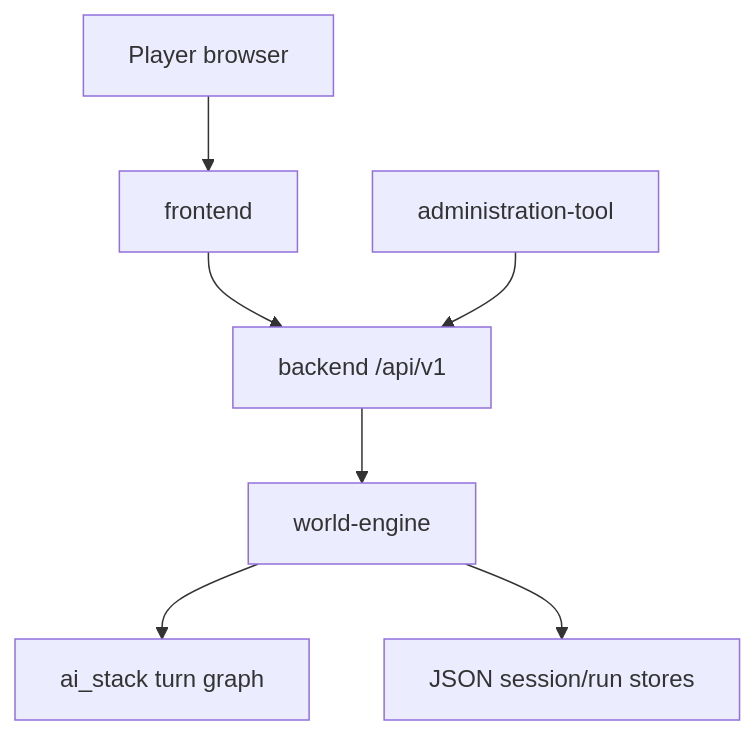
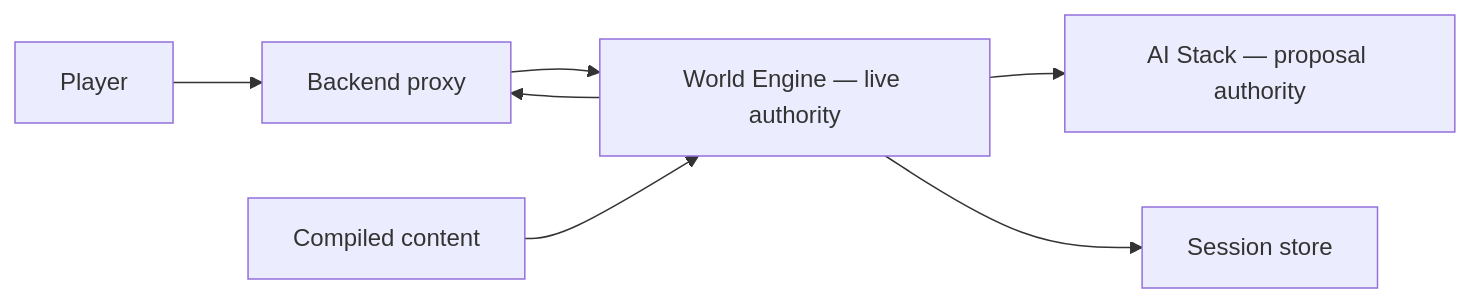
One commit to Held0fTheWelt/ASHEN-SHELL changed the diagram in docs/architecture/components/world-engine/architecture.md. Above: the diagram before and after it, drawn with Mermaid. The commit also changed other lines of this file and 146 other files, not shown here.

Commit message:
feat(architecture): establish executable arc42 runtime design

````diff
--- a/docs/architecture/components/world-engine/architecture.md
+++ b/docs/architecture/components/world-engine/architecture.md
@@ -46,9 +32,9 @@
 ```mermaid
-flowchart TD
-  Player["Player browser"] --> Frontend["frontend"]
-  Frontend --> Backend["backend /api/v1"]
-  Backend --> WE["world-engine"]
-  WE --> AI["ai_stack turn graph"]
-  WE --> Store["JSON session/run stores"]
-  Admin["administration-tool"] --> Backend
+flowchart LR
+  Player["Player"] --> Backend["Backend proxy"]
+  Backend --> World["World Engine — live authority"]
+  Content["Compiled content"] --> World
+  World --> AI["AI Stack — proposal authority"]
+  World --> Store["Session store"]
+  World --> Backend
 ```
````
